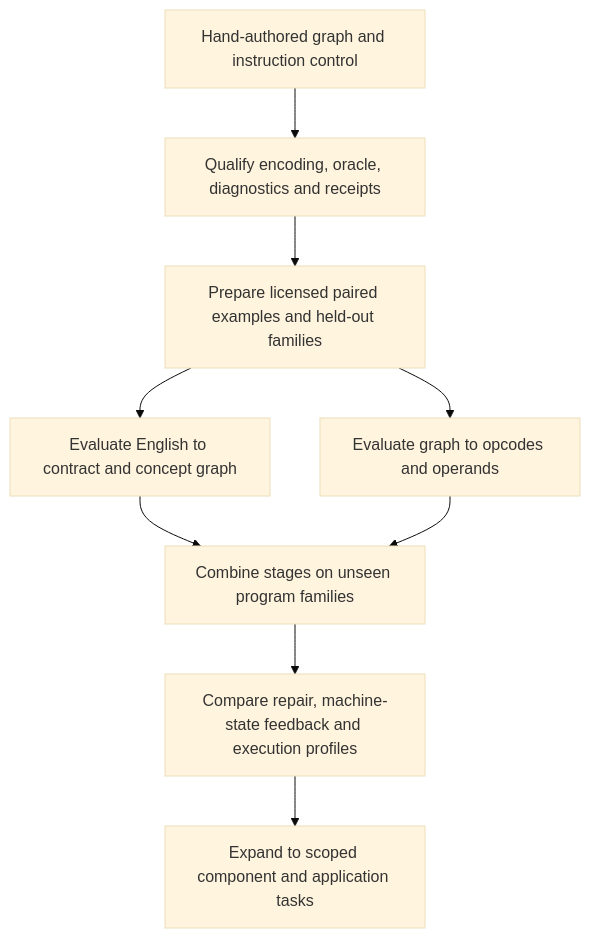
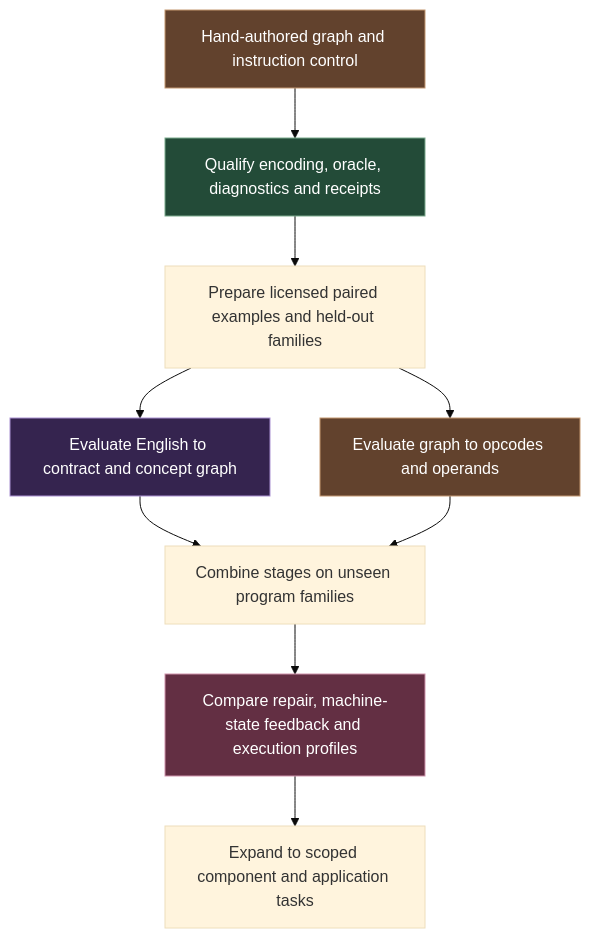
The diagram in docs/Research_Plan.md (Kian-hdr/lore-demo), drawn with Mermaid (base theme) before and after one commit. The commit also changed other lines of this file and 7 other files, not shown here.

Commit message:
IND-317 visualize memory architecture and use numeric hierarchy codes

````diff
--- a/docs/Research_Plan.md
+++ b/docs/Research_Plan.md
@@ -7,11 +7,19 @@
 ```mermaid
 flowchart TD
     A["Hand-authored graph and instruction control"] --> B["Qualify encoding, oracle, diagnostics and receipts"]
     B --> C["Prepare licensed paired examples and held-out families"]
     C --> D["Evaluate English to contract and concept graph"]
     C --> E["Evaluate graph to opcodes and operands"]
     D --> F["Combine stages on unseen program families"]
     E --> F
     F --> G["Compare repair, machine-state feedback and execution profiles"]
     G --> H["Expand to scoped component and application tasks"]
+    classDef exec fill:#62422d,stroke:#c39770,color:#ffffff;
+    class A,E exec;
+    classDef check fill:#234b38,stroke:#7ba98c,color:#ffffff;
+    class B check;
+    classDef plan fill:#35244f,stroke:#aa91d2,color:#ffffff;
+    class D plan;
+    classDef change fill:#632f43,stroke:#cf93ab,color:#ffffff;
+    class G change;
 ```
````
